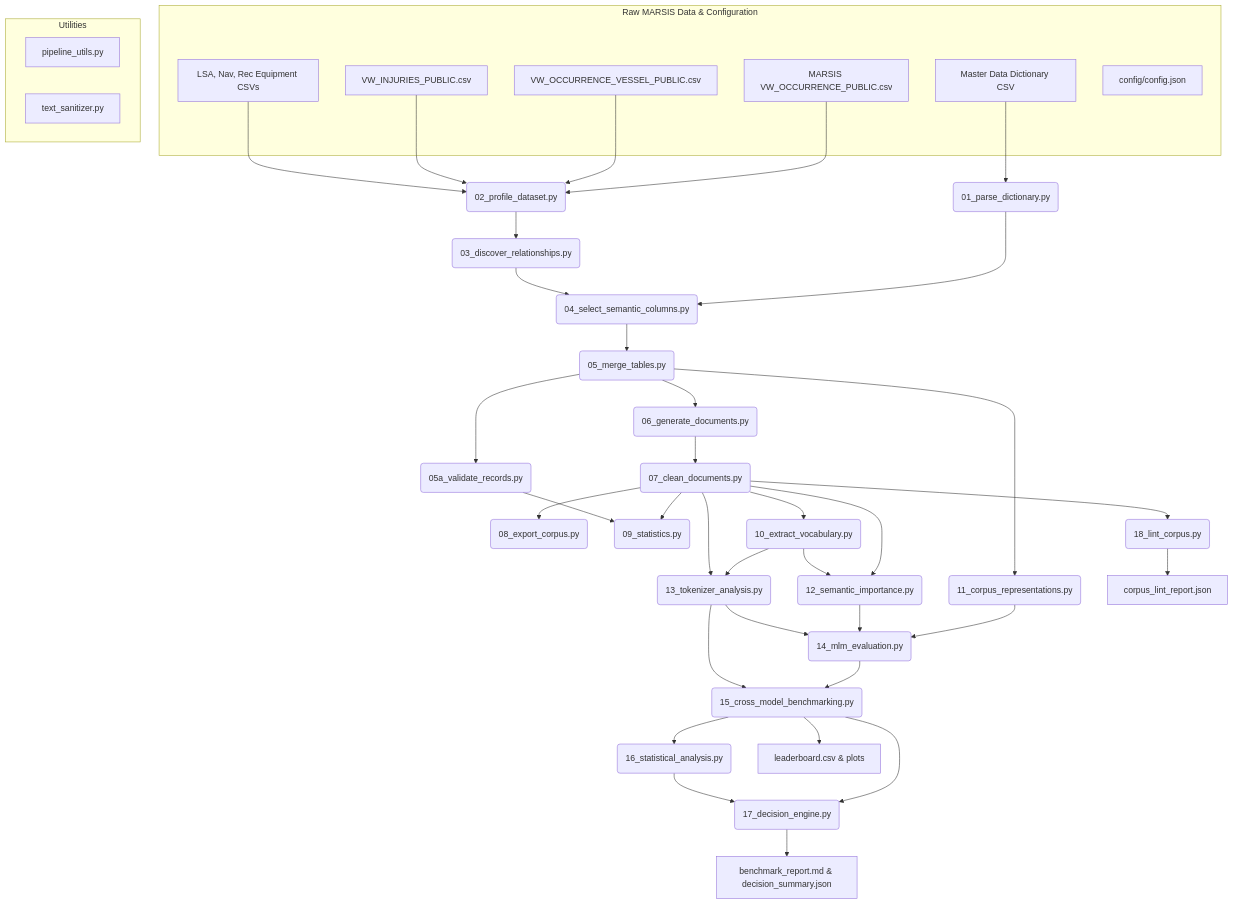
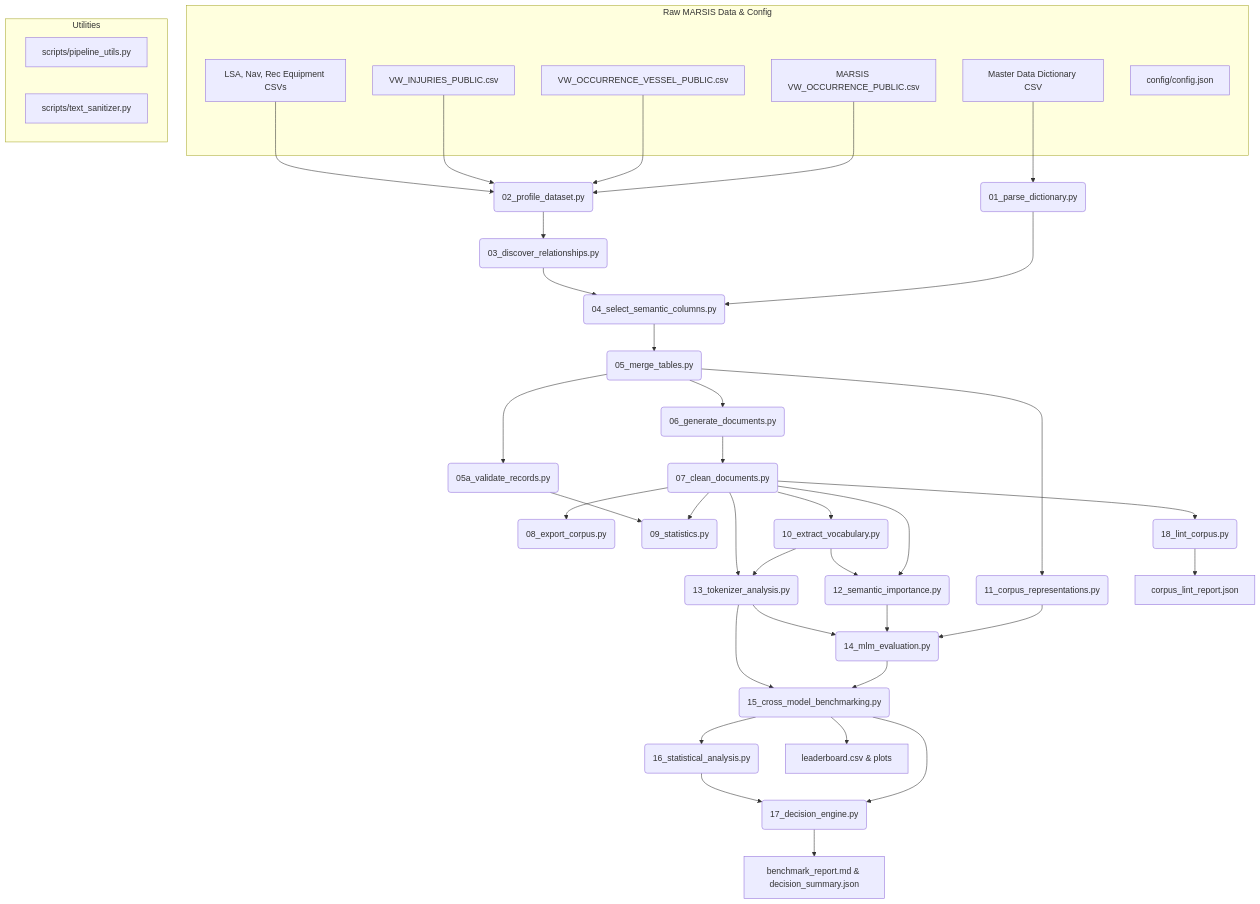
Before and after one commit to AbhishekYadav2207/TSBC-MaritimePipeline: the diagram in DOCUMENTATION.md, drawn with Mermaid. The commit also changed other lines of this file and 12 other files, not shown here.

````diff
--- a/DOCUMENTATION.md
+++ b/DOCUMENTATION.md
@@ -13,52 +27,52 @@
 ```mermaid
 flowchart TD
     %% Input Layer
-    subgraph Input Layer [Raw MARSIS Data & Configuration]
+    subgraph Input Layer [Raw MARSIS Data & Config]
         DictCSV[Master Data Dictionary CSV]
         OccCSV[MARSIS VW_OCCURRENCE_PUBLIC.csv]
         VesCSV[VW_OCCURRENCE_VESSEL_PUBLIC.csv]
         InjCSV[VW_INJURIES_PUBLIC.csv]
         EqCSVs[LSA, Nav, Rec Equipment CSVs]
         ConfigJSON[config/config.json]
     end
 
     %% Utility Layer
     subgraph Utilities
-        Utils[pipeline_utils.py]
-        Sanitizer[text_sanitizer.py]
+        Utils[scripts/pipeline_utils.py]
+        Sanitizer[scripts/text_sanitizer.py]
     end
 
     %% Data Ingestion & Preprocessing (Stages 01-05a)
     DictCSV --> Stage01(01_parse_dictionary.py)
     OccCSV & VesCSV & InjCSV & EqCSVs --> Stage02(02_profile_dataset.py)
     Stage02 --> Stage03(03_discover_relationships.py)
     Stage01 & Stage03 --> Stage04(04_select_semantic_columns.py)
     Stage04 --> Stage05(05_merge_tables.py)
     Stage05 --> Stage05a(05a_validate_records.py)
 
     %% Document & Corpus Generation (Stages 06-10)
     Stage05 --> Stage06(06_generate_documents.py)
     Stage06 --> Stage07(07_clean_documents.py)
     Stage07 --> Stage08(08_export_corpus.py)
     Stage07 & Stage05a --> Stage09(09_statistics.py)
     Stage07 --> Stage10(10_extract_vocabulary.py)
 
     %% Multi-Format & Knowledge Classification (Stages 11-12)
     Stage05 --> Stage11(11_corpus_representations.py)
     Stage07 & Stage10 --> Stage12(12_semantic_importance.py)
 
     %% Benchmarking & Evaluation Grid (Stages 13-14)
     Stage10 & Stage07 --> Stage13(13_tokenizer_analysis.py)
     Stage11 & Stage12 & Stage13 --> Stage14(14_mlm_evaluation.py)
 
     %% Analytics & Decision Engine (Stages 15-18)
     Stage14 & Stage13 --> Stage15(15_cross_model_benchmarking.py)
     Stage15 --> Stage16(16_statistical_analysis.py)
     Stage15 & Stage16 --> Stage17(17_decision_engine.py)
     Stage07 --> Stage18(18_lint_corpus.py)
 
     %% Final Outputs
     Stage15 --> Leaderboard[leaderboard.csv & plots]
     Stage17 --> Report[benchmark_report.md & decision_summary.json]
     Stage18 --> LintReport[corpus_lint_report.json]
 ```
````
